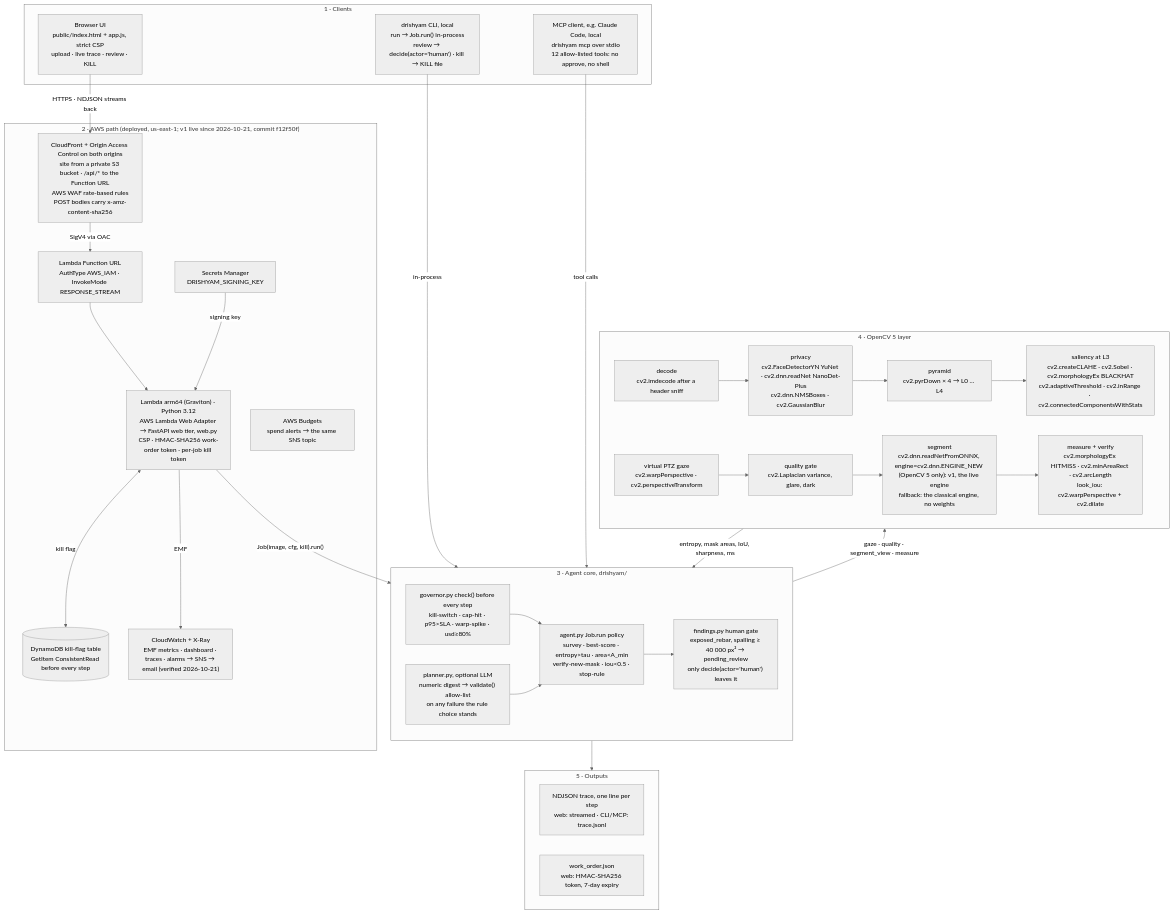
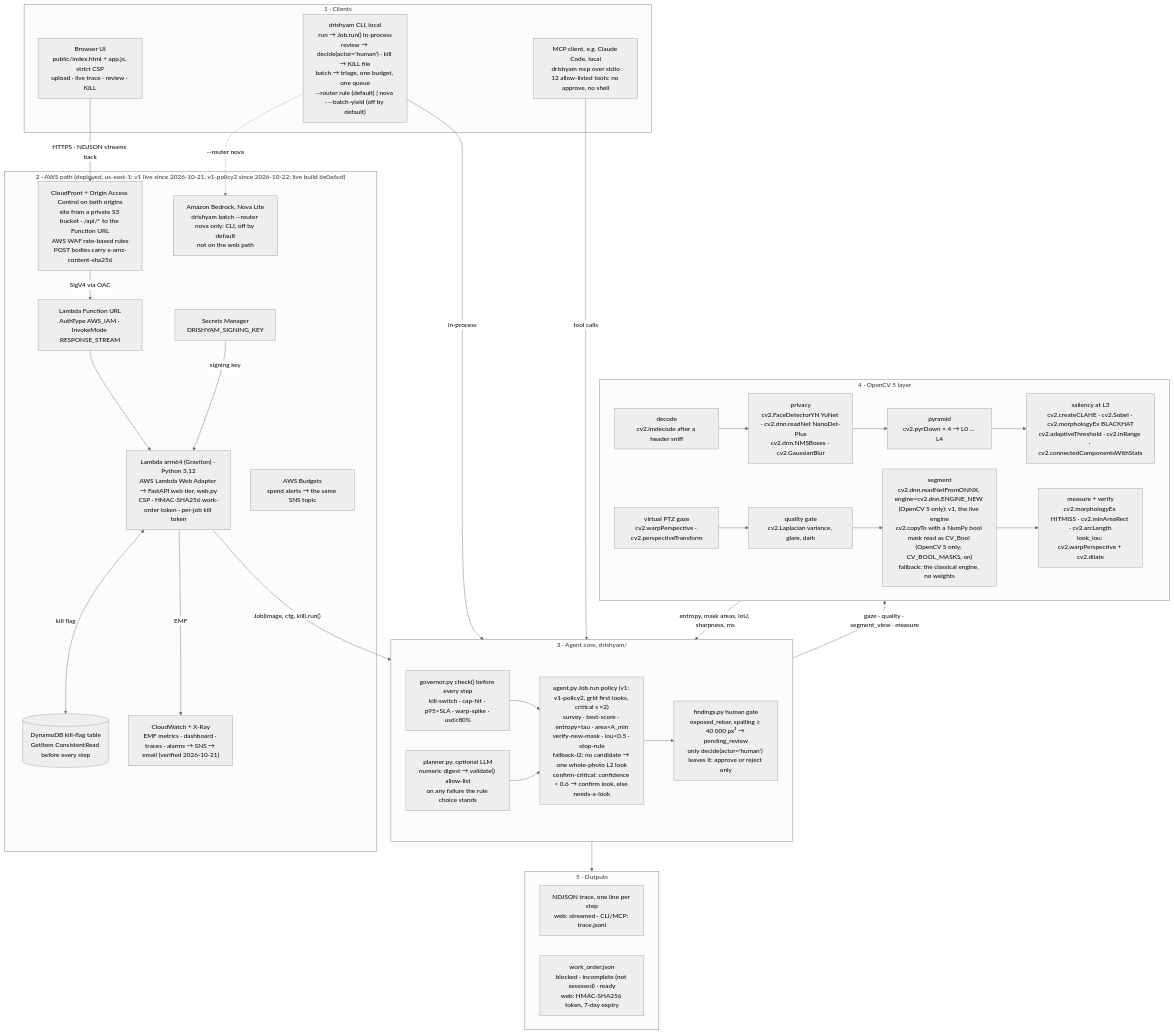
The diagram in docs/architecture.mmd (vj-io/drishyam), drawn with Mermaid (neutral theme) before and after one commit. The commit also changed 7 other files, not shown here.

First line of the commit message:
docs: architecture and agent-loop figures at REV 1.1.1 (6e0a6cd)

```diff
--- a/docs/architecture.mmd
+++ b/docs/architecture.mmd
@@ -1,59 +1,62 @@
 %% Drishyam system architecture: the same content as docs/architecture.svg.
 %% cv2 names are the calls made in drishyam/imaging.py, privacy.py, segment.py, measure.py and agent.py.
+%% REV 1.1.1 (2026-10-22), the code of the live build 6e0a6cd.
 flowchart TB
     subgraph CLIENTS["1 · Clients"]
         UI["Browser UI<br/>public/index.html + app.js, strict CSP<br/>upload · live trace · review · KILL"]
-        CLI["drishyam CLI, local<br/>run → Job.run() in-process<br/>review → decide(actor='human') · kill → KILL file"]
+        CLI["drishyam CLI, local<br/>run → Job.run() in-process<br/>review → decide(actor='human') · kill → KILL file<br/>batch → triage, one budget, one queue<br/>--router rule (default) | nova · --batch-yield (off by default)"]
         MCPC["MCP client, e.g. Claude Code, local<br/>drishyam mcp over stdio<br/>12 allow-listed tools: no approve, no shell"]
     end
 
-    subgraph AWS["2 · AWS path (deployed, us-east-1; v1 live since 2026-10-21, commit f12f50f)"]
+    subgraph AWS["2 · AWS path (deployed, us-east-1; v1 live since 2026-10-21, v1-policy2 since 2026-10-22; live build 6e0a6cd)"]
         CF["CloudFront + Origin Access Control on both origins<br/>site from a private S3 bucket · /api/* to the Function URL<br/>AWS WAF rate-based rules<br/>POST bodies carry x-amz-content-sha256"]
         FURL["Lambda Function URL<br/>AuthType AWS_IAM · InvokeMode RESPONSE_STREAM"]
         LAMBDA["Lambda arm64 (Graviton) · Python 3.12<br/>AWS Lambda Web Adapter → FastAPI web tier, web.py<br/>CSP · HMAC-SHA256 work-order token · per-job kill token"]
         DDB[("DynamoDB kill-flag table<br/>GetItem ConsistentRead before every step")]
         SM["Secrets Manager<br/>DRISHYAM_SIGNING_KEY"]
         CW["CloudWatch + X-Ray<br/>EMF metrics · dashboard · traces · alarms → SNS → email (verified 2026-10-21)"]
         BUD["AWS Budgets<br/>spend alerts → the same SNS topic"]
+        BR["Amazon Bedrock, Nova Lite<br/>drishyam batch --router nova only: CLI, off by default<br/>not on the web path"]
     end
 
     subgraph CORE["3 · Agent core, drishyam/"]
-        POLICY["agent.py Job.run policy<br/>survey · best-score · entropy#gt;tau · area#lt;A_min<br/>verify-new-mask · iou#lt;0.5 · stop-rule"]
+        POLICY["agent.py Job.run policy (v1: v1-policy2, grid first looks, critical s ×2)<br/>survey · best-score · entropy#gt;tau · area#lt;A_min<br/>verify-new-mask · iou#lt;0.5 · stop-rule<br/>fallback-l2: no candidate → one whole-photo L2 look<br/>confirm-critical: confidence #lt; 0.6 → confirm look, else needs-a-look"]
         GOV["governor.py check() before every step<br/>kill-switch · cap-hit · p95#gt;SLA · warp-spike · usd≥80%"]
         PLAN["planner.py, optional LLM<br/>numeric digest → validate() allow-list<br/>on any failure the rule choice stands"]
-        GATE["findings.py human gate<br/>exposed_rebar, spalling ≥ 40 000 px² → pending_review<br/>only decide(actor='human') leaves it"]
+        GATE["findings.py human gate<br/>exposed_rebar, spalling ≥ 40 000 px² → pending_review<br/>only decide(actor='human') leaves it: approve or reject only"]
         GOV --> POLICY
         PLAN --> POLICY
         POLICY --> GATE
     end
 
     subgraph CV["4 · OpenCV 5 layer"]
         DEC["decode<br/>cv2.imdecode after a header sniff"]
         PRIV["privacy<br/>cv2.FaceDetectorYN YuNet · cv2.dnn.readNet NanoDet-Plus<br/>cv2.dnn.NMSBoxes · cv2.GaussianBlur"]
         PYR["pyramid<br/>cv2.pyrDown × 4 → L0 … L4"]
         SAL["saliency at L3<br/>cv2.createCLAHE · cv2.Sobel · cv2.morphologyEx BLACKHAT<br/>cv2.adaptiveThreshold · cv2.inRange · cv2.connectedComponentsWithStats"]
         GAZE["virtual PTZ gaze<br/>cv2.warpPerspective · cv2.perspectiveTransform"]
         QG["quality gate<br/>cv2.Laplacian variance, glare, dark"]
-        SEG["segment<br/>cv2.dnn.readNetFromONNX, engine=cv2.dnn.ENGINE_NEW (OpenCV 5 only): v1, the live engine<br/>fallback: the classical engine, no weights"]
+        SEG["segment<br/>cv2.dnn.readNetFromONNX, engine=cv2.dnn.ENGINE_NEW (OpenCV 5 only): v1, the live engine<br/>cv2.copyTo with a NumPy bool mask read as CV_Bool (OpenCV 5 only; CV_BOOL_MASKS, on)<br/>fallback: the classical engine, no weights"]
         MEAS["measure + verify<br/>cv2.morphologyEx HITMISS · cv2.minAreaRect · cv2.arcLength<br/>look_iou: cv2.warpPerspective + cv2.dilate"]
         DEC --> PRIV --> PYR --> SAL
         GAZE --> QG --> SEG --> MEAS
     end
 
     subgraph OUT["5 · Outputs"]
         TRACE["NDJSON trace, one line per step<br/>web: streamed · CLI/MCP: trace.jsonl"]
-        WO["work_order.json<br/>web: HMAC-SHA256 token, 7-day expiry"]
+        WO["work_order.json<br/>blocked · incomplete (not assessed) · ready<br/>web: HMAC-SHA256 token, 7-day expiry"]
     end
 
     UI -->|"HTTPS · NDJSON streams back"| CF
     CF -->|"SigV4 via OAC"| FURL --> LAMBDA
     LAMBDA <-->|"kill flag"| DDB
     SM -->|"signing key"| LAMBDA
     LAMBDA -->|"EMF"| CW
     BUD ~~~ CW
+    CLI -.->|"--router nova"| BR
     LAMBDA -->|"Job(image, cfg, kill).run()"| CORE
     CLI -->|"in-process"| CORE
     MCPC -->|"tool calls"| CORE
     CORE -->|"gaze · quality · segment_view · measure"| CV
     CV -->|"entropy, mask areas, IoU, sharpness, ms"| CORE
     CORE --> OUT
```
